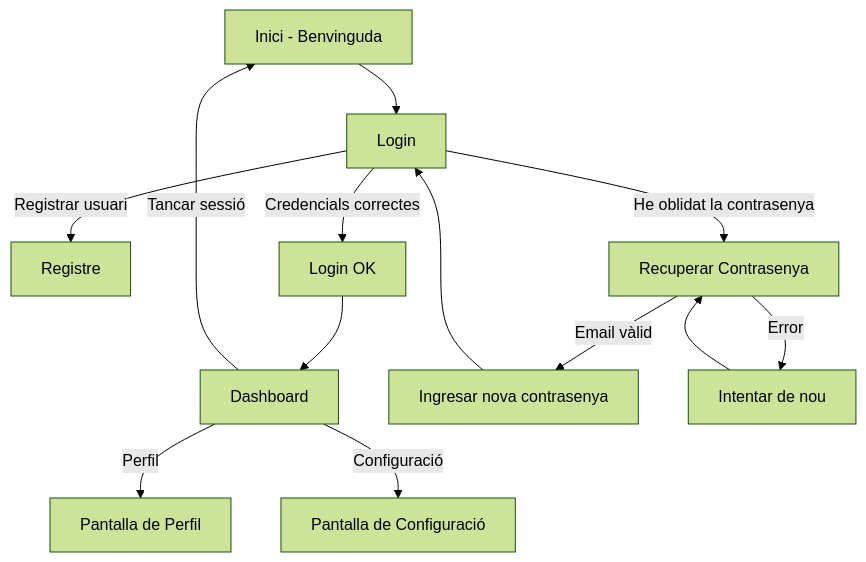
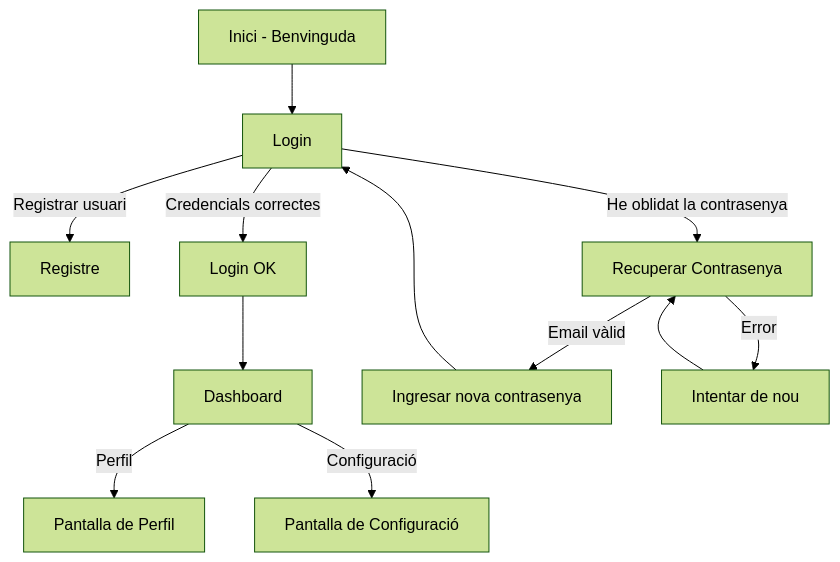
One commit to dmontes901/TapatApp changed the diagram in charts/diagramaNavegacio.mmd. Above: the diagram before and after it, drawn with Mermaid (forest theme).

```diff
--- a/charts/diagramaNavegacio.mmd
+++ b/charts/diagramaNavegacio.mmd
@@ -1,15 +1,14 @@
 flowchart TD;
     A["Inici - Benvinguda"] --> B["Login"];
     B -->|Registrar usuari| C["Registre"];
     B -->|Credencials correctes| D["Login OK "];
     
     %% Continuación después del login exitoso
     D --> E["Dashboard"];
     E -->|Perfil| F["Pantalla de Perfil"];
     E -->|Configuració| G["Pantalla de Configuració"];
-    E -->|Tancar sessió| A;
     
     %% Flujo de recuperación de contraseña
     B -->|He oblidat la contrasenya| H["Recuperar Contrasenya"];
     H -->|Email vàlid| I["Ingresar nova contrasenya"] --> B;
     H -->|Error| H1["Intentar de nou"] --> H;
```
